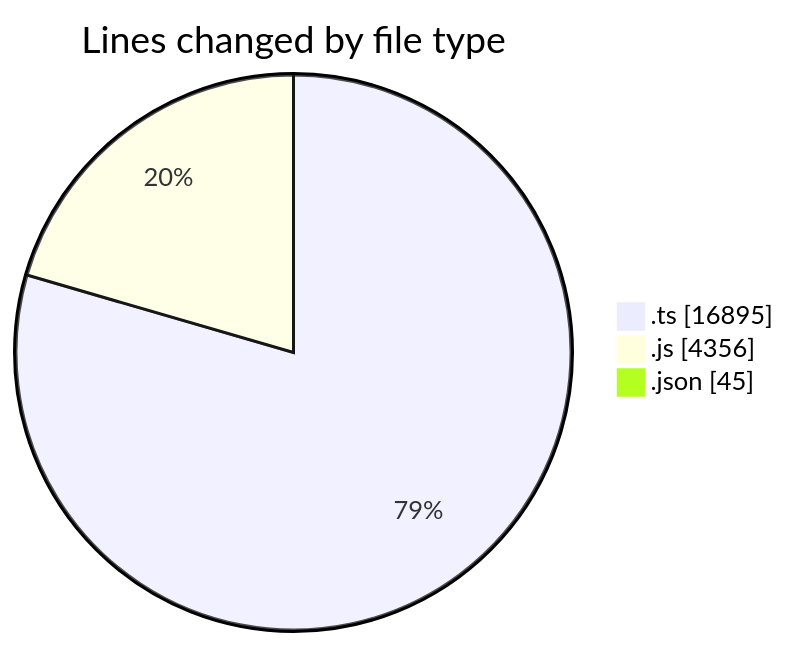
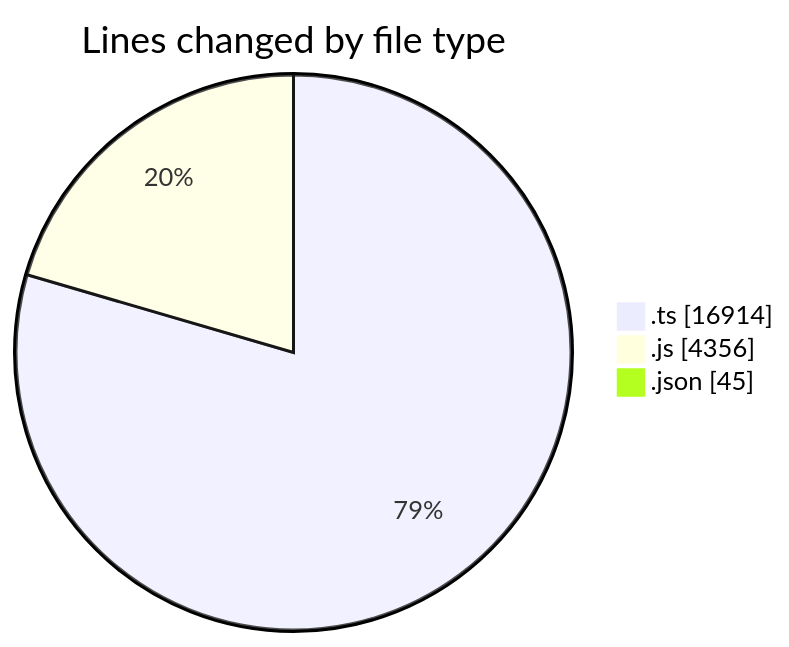
One commit to momahboobian/code-tracking changed the first of 2 diagrams in 2025-07-29/cda/README.md. Above: the diagram before and after it, drawn with Mermaid. The commit also changed other lines of this file and 1 other file, not shown here.

````diff
--- a/2025-07-29/cda/README.md
+++ b/2025-07-29/cda/README.md
@@ -30,7 +30,7 @@
 ```mermaid
 pie showData
 title Lines changed by file type
-".ts" : 16895
+".ts" : 16914
 ".js" : 4356
 ".json" : 45
 ```
````
